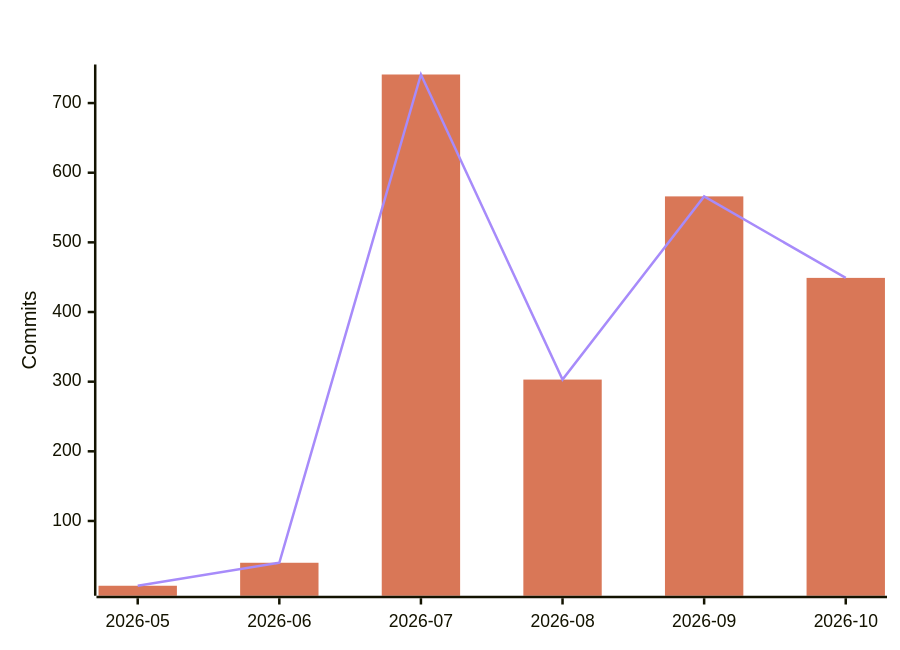
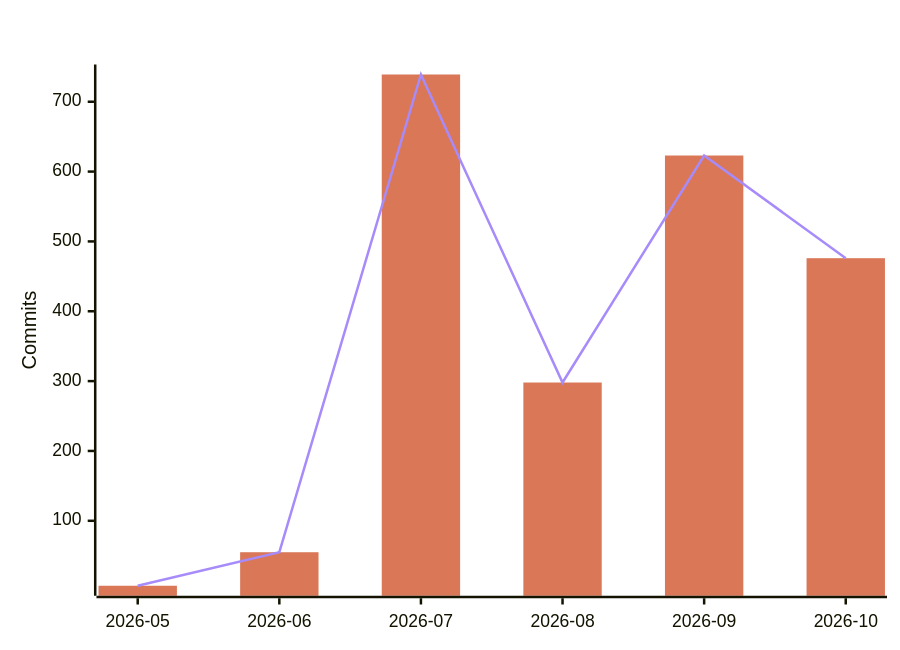
One commit to polo-nyan/polo-nyan changed the fourth of 7 diagrams in README.md. Above: the diagram before and after it, drawn with Mermaid. The commit also changed other lines of this file and 1 other file, not shown here.

````diff
--- a/README.md
+++ b/README.md
@@ -294,9 +294,9 @@
 ```mermaid
 %%{init: {"xyChart": {"titleColor": "#ffffff", "xAxisLabelColor": "#ffffff", "yAxisLabelColor": "#ffffff"}, "themeVariables": {"xyChart": {"titleColor": "#ffffff", "plotColorPalette": "#d97757, #a78bfa"}}}}%%
 xychart-beta
     title "AI-Assisted Commits Per Month"
     x-axis ["2026-05", "2026-06", "2026-07", "2026-08", "2026-09", "2026-10"]
     y-axis "Commits"
-    bar [7, 40, 741, 303, 566, 449]
-    line [7, 40, 741, 303, 566, 449]
+    bar [7, 55, 739, 298, 623, 476]
+    line [7, 55, 739, 298, 623, 476]
 ```
````
